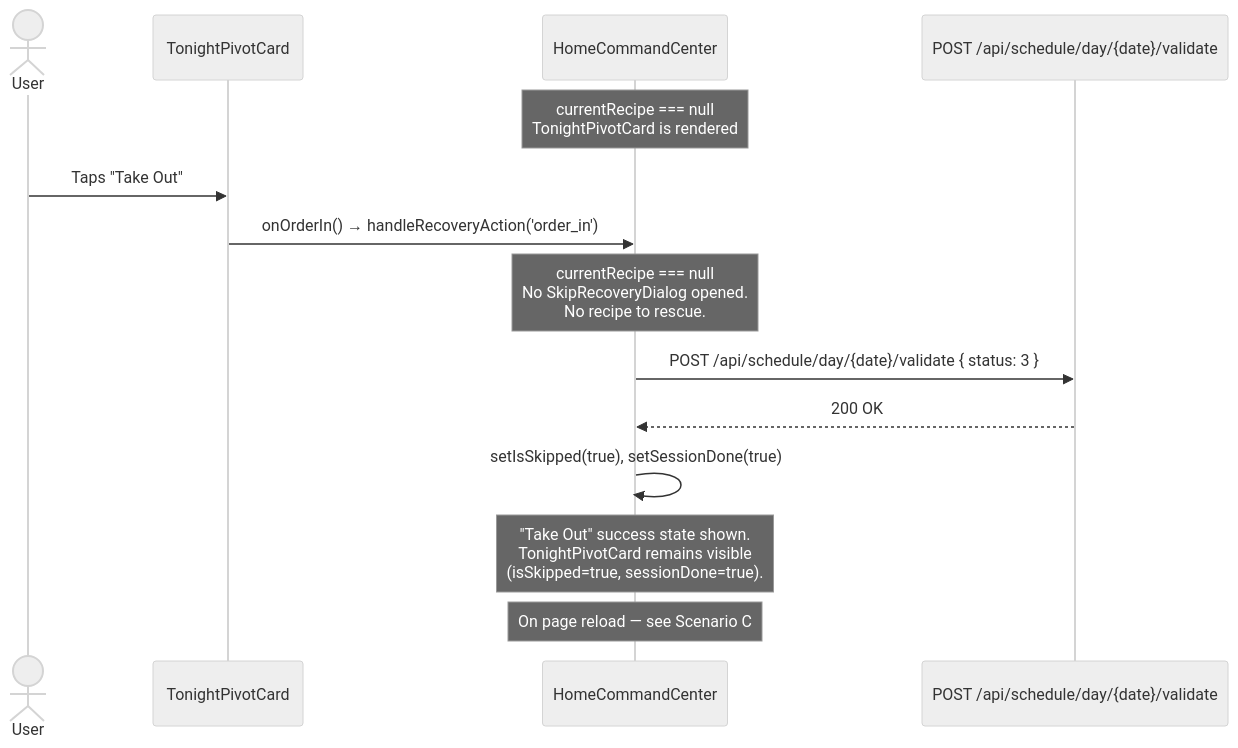
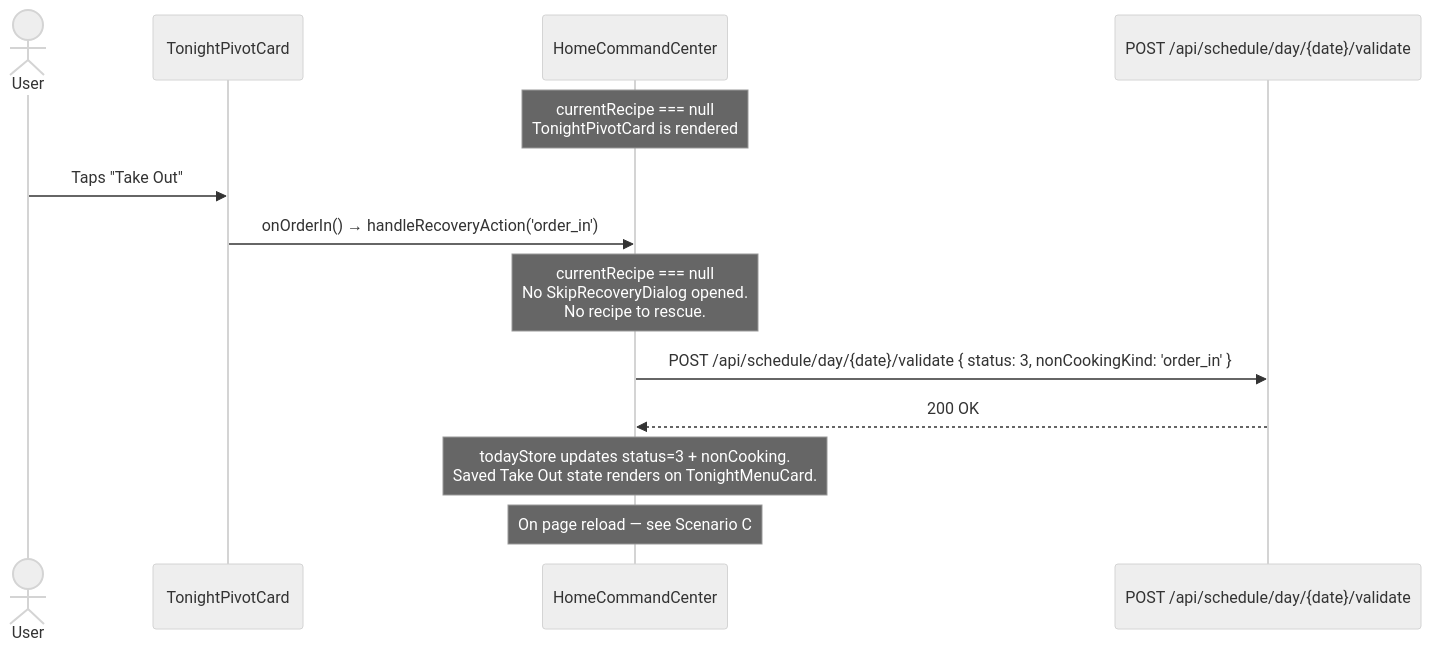
One commit to AlexandreBrisebois/whats-for-supper changed the second of 3 diagrams in docs/flows/user-flows/order-in-flow.md. Above: the diagram before and after it, drawn with Mermaid (neutral theme). The commit also changed other lines of this file and 280 other files, not shown here.

````diff
--- a/docs/flows/user-flows/order-in-flow.md
+++ b/docs/flows/user-flows/order-in-flow.md
@@ -64,23 +61,21 @@
 ```mermaid
 sequenceDiagram
     actor User
     participant TPC as TonightPivotCard
     participant HCC as HomeCommandCenter
     participant API as POST /api/schedule/day/{date}/validate
 
     Note over HCC: currentRecipe === null<br/>TonightPivotCard is rendered
 
     User->>TPC: Taps "Take Out"
     TPC->>HCC: onOrderIn() → handleRecoveryAction('order_in')
 
     Note over HCC: currentRecipe === null<br/>No SkipRecoveryDialog opened.<br/>No recipe to rescue.
 
-    HCC->>API: POST /api/schedule/day/{date}/validate { status: 3 }
+    HCC->>API: POST /api/schedule/day/{date}/validate { status: 3, nonCookingKind: 'order_in' }
     API-->>HCC: 200 OK
 
-    HCC->>HCC: setIsSkipped(true), setSessionDone(true)
-
-    Note over HCC: "Take Out" success state shown.<br/>TonightPivotCard remains visible<br/>(isSkipped=true, sessionDone=true).
+    Note over HCC: todayStore updates status=3 + nonCooking.<br/>Saved Take Out state renders on TonightMenuCard.
 
     Note over HCC: On page reload — see Scenario C
 ```
````
